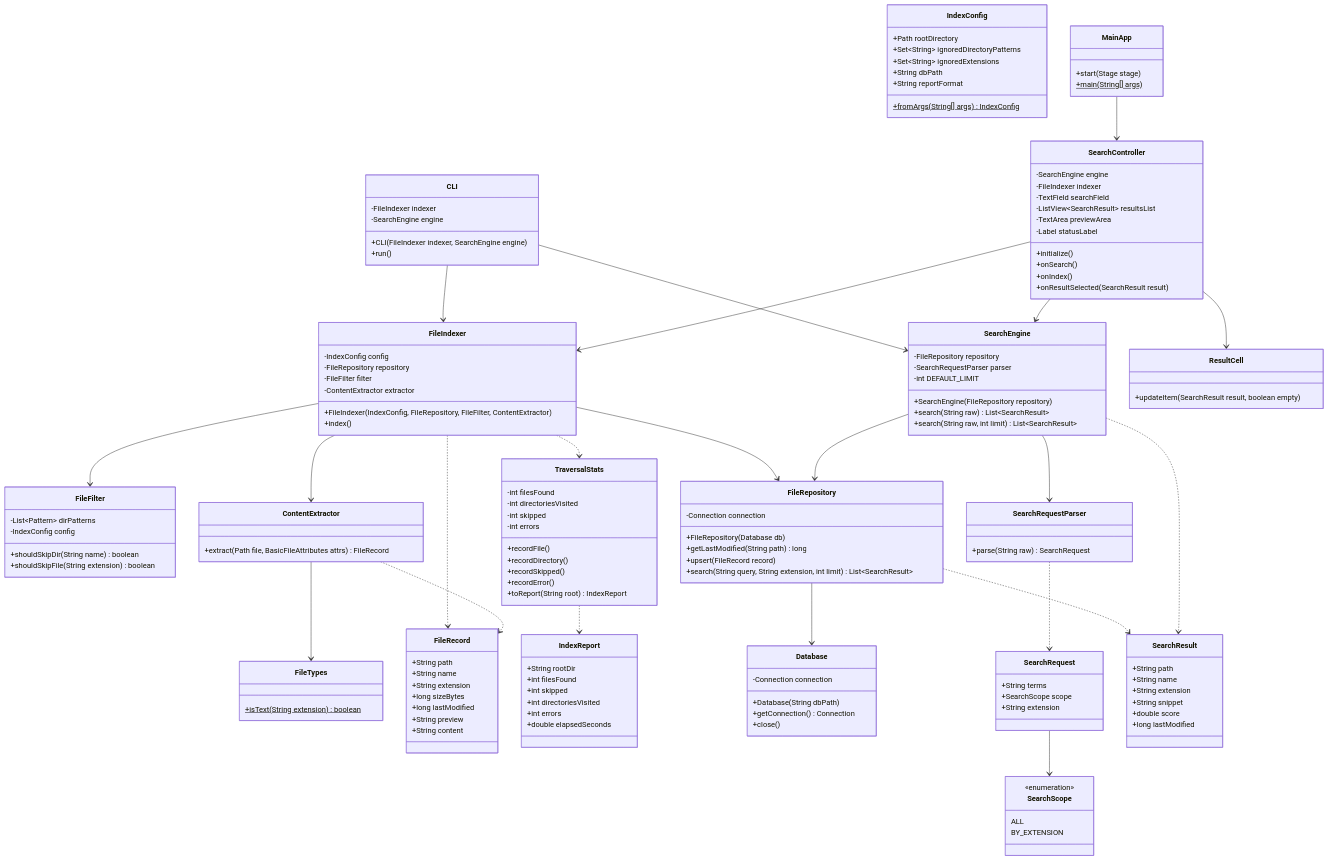
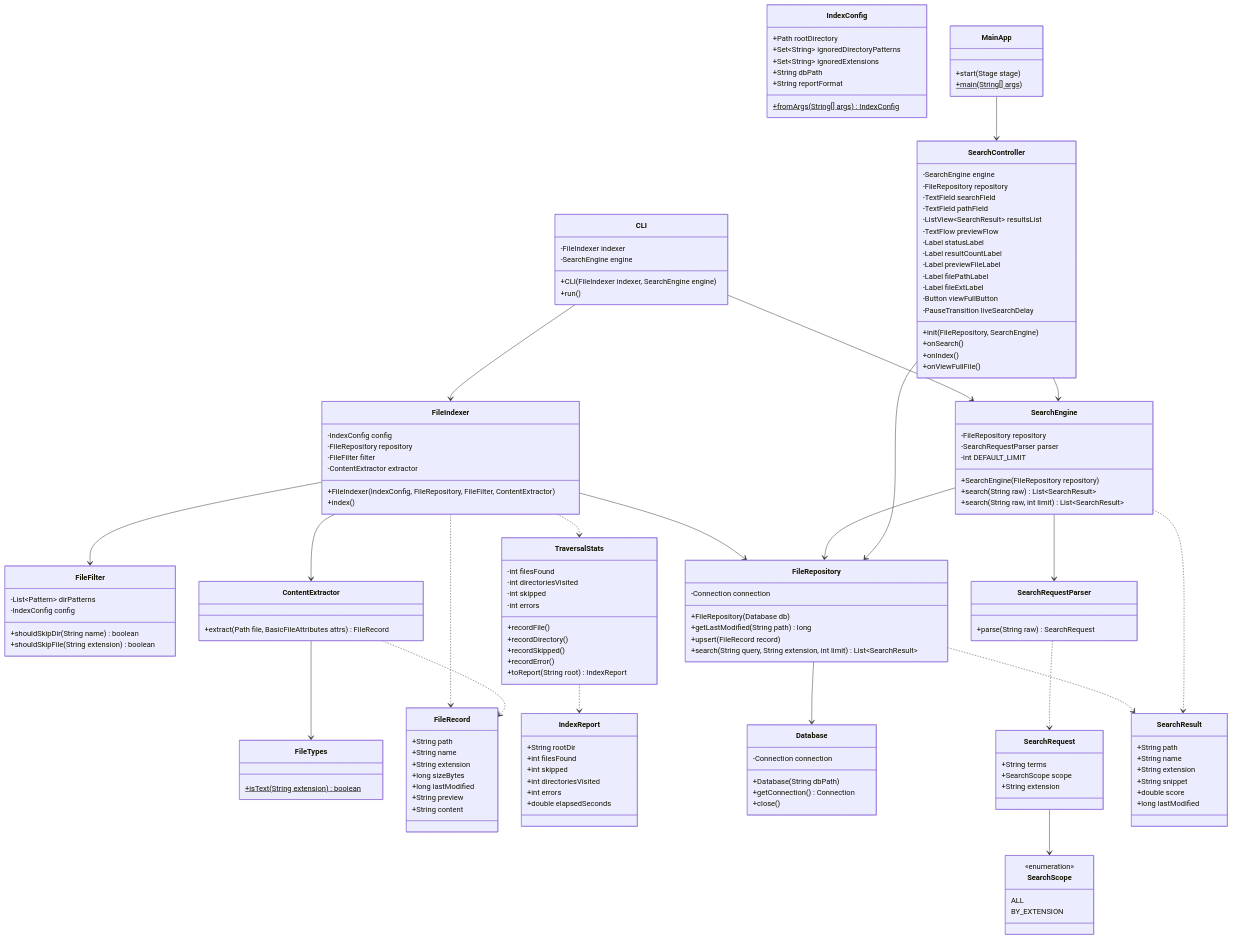
The fourth of 7 diagrams in ARCHITECTURE.md (IonutzHerbil/Search_Engine), drawn with Mermaid before and after one commit. The commit also changed other lines of this file, not shown here.

Commit message:
docs: updated SearchController class diagram to reflect the GUI refactoring

````diff
--- a/ARCHITECTURE.md
+++ b/ARCHITECTURE.md
@@ -259,19 +255,22 @@
 
     class SearchController {
         -SearchEngine engine
-        -FileIndexer indexer
+        -FileRepository repository
         -TextField searchField
+        -TextField pathField
         -ListView~SearchResult~ resultsList
-        -TextArea previewArea
+        -TextFlow previewFlow
         -Label statusLabel
-        +initialize()
+        -Label resultCountLabel
+        -Label previewFileLabel
+        -Label filePathLabel
+        -Label fileExtLabel
+        -Button viewFullButton
+        -PauseTransition liveSearchDelay
+        +init(FileRepository, SearchEngine)
         +onSearch()
         +onIndex()
-        +onResultSelected(SearchResult result)
-    }
-
-    class ResultCell {
-        +updateItem(SearchResult result, boolean empty)
+        +onViewFullFile()
     }
 
     FileIndexer --> FileFilter
@@ -293,6 +292,5 @@
     CLI --> SearchEngine
     MainApp --> SearchController
     SearchController --> SearchEngine
-    SearchController --> FileIndexer
-    SearchController --> ResultCell
+    SearchController --> FileRepository
 ```
````
